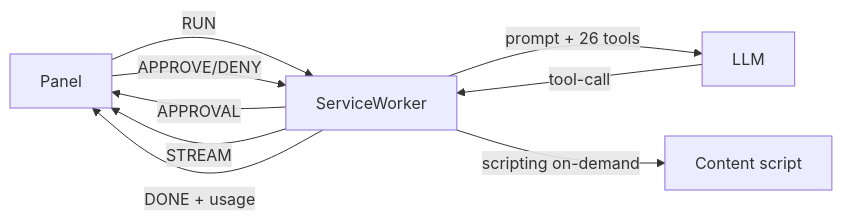
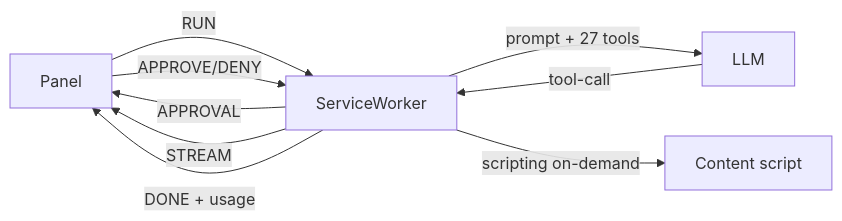
The diagram in GUIDA.md (CultureDigitali/lmuse), drawn with Mermaid before and after one commit. The commit also changed other lines of this file and 27 other files, not shown here.

````diff
--- a/GUIDA.md
+++ b/GUIDA.md
@@ -106,11 +152,11 @@
 ```mermaid
 flowchart LR
     Panel -- RUN --> SW[ServiceWorker]
-    SW -- prompt + 26 tools --> LLM
+    SW -- prompt + 27 tools --> LLM
     LLM -- tool-call --> SW
     SW -- APPROVAL --> Panel
     Panel -- APPROVE/DENY --> SW
     SW -- scripting on-demand --> CS[Content script]
     SW -- STREAM --> Panel
     SW -- DONE + usage --> Panel
 ```
````
